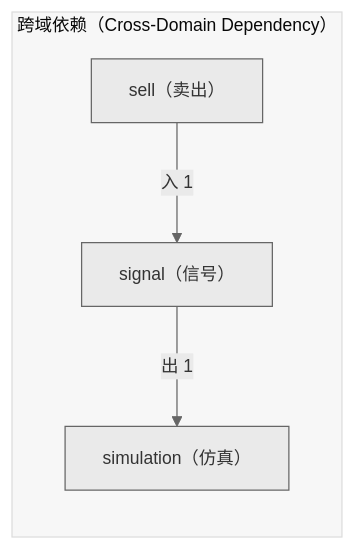
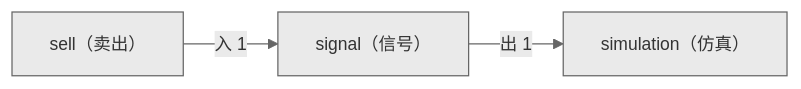
The second of 2 diagrams in docs/02_enterprise_architecture/06_decision_architecture/11_decision_l2a_signal.md (xuanFelixVan/ZephyrAlpha), drawn with Mermaid before and after one commit. The commit also changed other lines of this file and 23 other files, not shown here.

First line of the commit message:
fix(decision-diagram): 去掉 subgraph + 加 secondaryColor 修复节点白色

````diff
--- a/docs/02_enterprise_architecture/06_decision_architecture/11_decision_l2a_signal.md
+++ b/docs/02_enterprise_architecture/06_decision_architecture/11_decision_l2a_signal.md
@@ -130,11 +130,9 @@
 ```mermaid
-%%{init: {'theme': 'base', 'themeVariables': {'primaryColor': '#eaeaea', 'primaryTextColor': '#333333', 'primaryBorderColor': '#666666', 'lineColor': '#666666', 'fontSize': '14px'}}}%%
+%%{init: {'theme': 'base', 'themeVariables': {'primaryColor': '#eaeaea', 'primaryTextColor': '#333333', 'primaryBorderColor': '#666666', 'lineColor': '#666666', 'secondaryColor': '#eaeaea', 'tertiaryColor': '#eaeaea', 'fontSize': '14px'}}}%%
 flowchart LR
-    subgraph cd_sg["跨域依赖（Cross-Domain Dependency）"]
-        SELF["signal（信号）"]
-        EXT_simulation["simulation（仿真）"]
-        SELF -->|出 1| EXT_simulation
-        EXT_sell["sell（卖出）"]
-        EXT_sell -->|入 1| SELF
-    end
+    SELF["signal（信号）"]
+    EXT_simulation["simulation（仿真）"]
+    SELF -->|出 1| EXT_simulation
+    EXT_sell["sell（卖出）"]
+    EXT_sell -->|入 1| SELF
 ```
````
